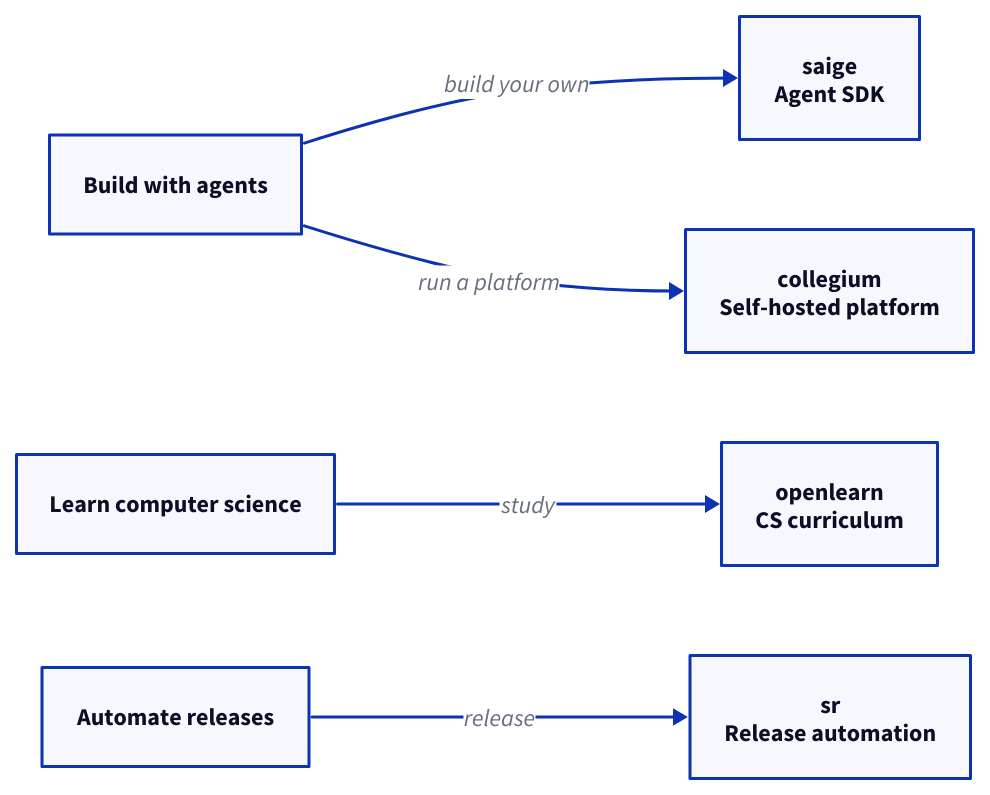
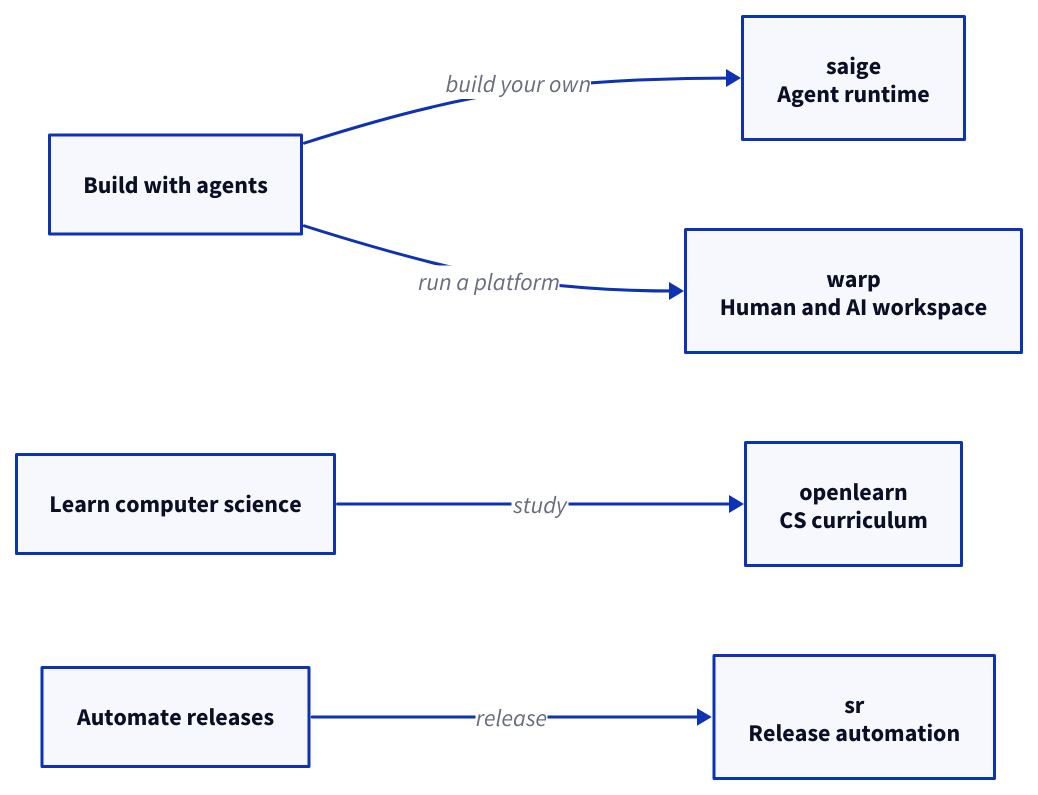
The diagram in assets/finder.d2 (urmzd/urmzd), drawn with D2 before and after one commit. The commit also changed 12 other files, not shown here.

```diff
--- a/assets/finder.d2
+++ b/assets/finder.d2
@@ -1,13 +1,13 @@
 # Generated from profile.toml. Do not edit by hand.
 direction: right
 build: "Build with agents" {class: goal}
-saige: "saige\nAgent SDK" {class: project}
-collegium: "collegium\nSelf-hosted platform" {class: project}
+saige: "saige\nAgent runtime" {class: project}
+warp: "warp\nHuman and AI workspace" {class: project}
 learn: "Learn computer science" {class: goal}
 openlearn: "openlearn\nCS curriculum" {class: project}
 ship: "Automate releases" {class: goal}
 sr: "sr\nRelease automation" {class: project}
 build -> saige: "build your own" {class: guide}
-build -> collegium: "run a platform" {class: guide}
+build -> warp: "run a platform" {class: guide}
 learn -> openlearn: "study" {class: guide}
 ship -> sr: "release" {class: guide}
```
